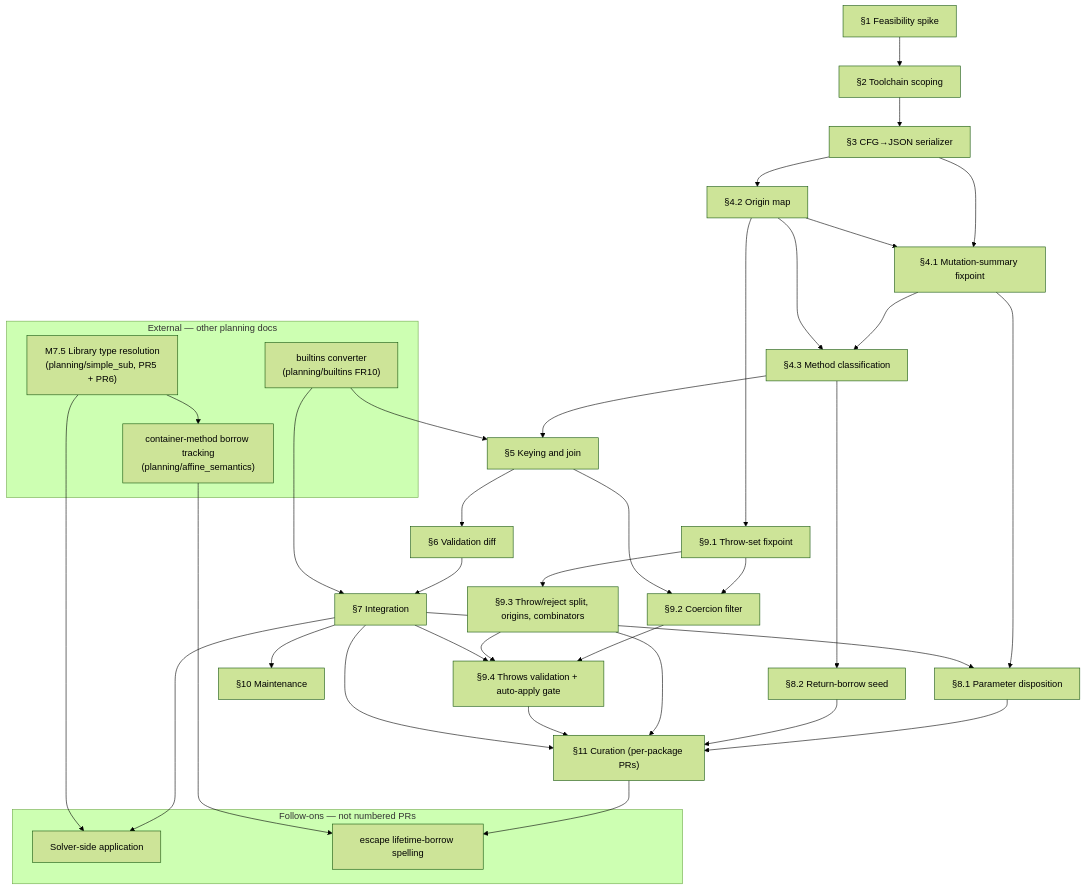
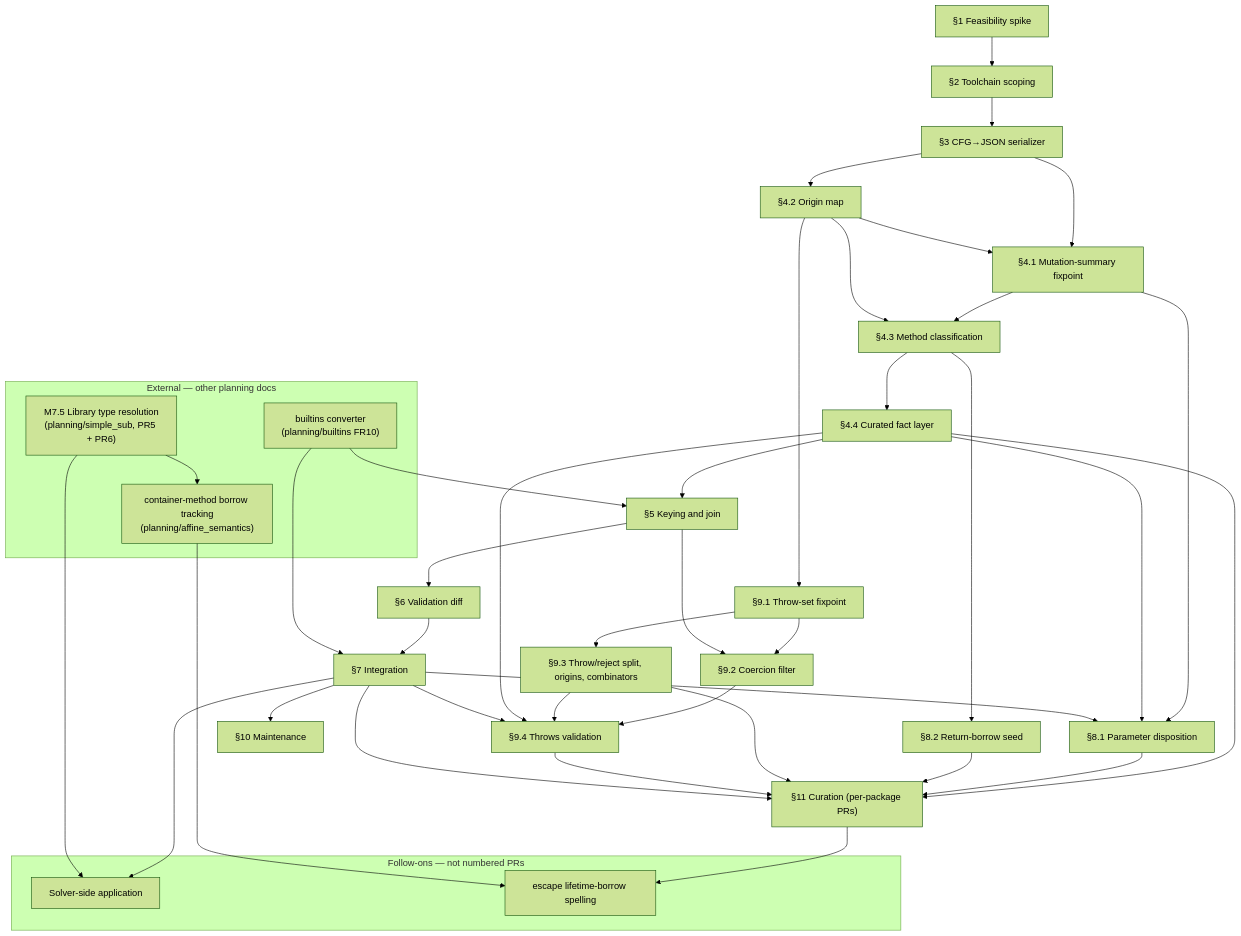
Before and after one commit to escalier-lang/escalier: the diagram in planning/ecma-262/implementation_plan.md, drawn with Mermaid (forest theme). The commit also changed other lines of this file and 12 other files, not shown here.

First line of the commit message:
Add a curated fact layer to the ECMA-262 analysis

````diff
--- a/planning/ecma-262/implementation_plan.md
+++ b/planning/ecma-262/implementation_plan.md
@@ -60,62 +67,66 @@
 ```mermaid
 flowchart TD
     S1["§1 Feasibility spike"]
     S2["§2 Toolchain scoping"]
     S3["§3 CFG→JSON serializer"]
     S42["§4.2 Origin map"]
     S41["§4.1 Mutation-summary fixpoint"]
     S43["§4.3 Method classification"]
+    S44["§4.4 Curated fact layer"]
     S5["§5 Keying and join"]
     S6["§6 Validation diff"]
     S7["§7 Integration"]
     S81["§8.1 Parameter disposition"]
     S82["§8.2 Return-borrow seed"]
     S91["§9.1 Throw-set fixpoint"]
     S92["§9.2 Coercion filter"]
     S93["§9.3 Throw/reject split, origins, combinators"]
-    S94["§9.4 Throws validation + auto-apply gate"]
+    S94["§9.4 Throws validation"]
     S10["§10 Maintenance"]
     S11["§11 Curation (per-package PRs)"]
 
     S1 --> S2 --> S3
     S3 --> S42
     S3 --> S41
     S42 --> S41
     S41 --> S43
     S42 --> S43
-    S43 --> S5 --> S6 --> S7
+    S43 --> S44 --> S5 --> S6 --> S7
     S41 --> S81
+    S44 --> S81
     S7 --> S81
     S43 --> S82
     S42 --> S91
     S91 --> S92
     S5 --> S92
     S91 --> S93
     S92 --> S94
     S93 --> S94
+    S44 --> S94
     S7 --> S94
     S7 --> S10
+    S44 --> S11
     S81 --> S11
     S82 --> S11
     S93 --> S11
     S94 --> S11
     S7 --> S11
 
     subgraph external["External — other planning docs"]
         EXT_CONV["builtins converter<br/>(planning/builtins FR10)"]
         EXT_M75["M7.5 Library type resolution<br/>(planning/simple_sub, PR5 + PR6)"]
         EXT_AFFINE["container-method borrow tracking<br/>(planning/affine_semantics)"]
     end
     subgraph followons["Follow-ons — not numbered PRs"]
         FO_SOLVER["Solver-side application"]
         FO_ESCLB["escape lifetime-borrow spelling"]
     end
 
     EXT_CONV --> S5
     EXT_CONV --> S7
     EXT_M75 --> EXT_AFFINE
     S7 --> FO_SOLVER
     EXT_M75 --> FO_SOLVER
     S11 --> FO_ESCLB
     EXT_AFFINE --> FO_ESCLB
 ```
````
